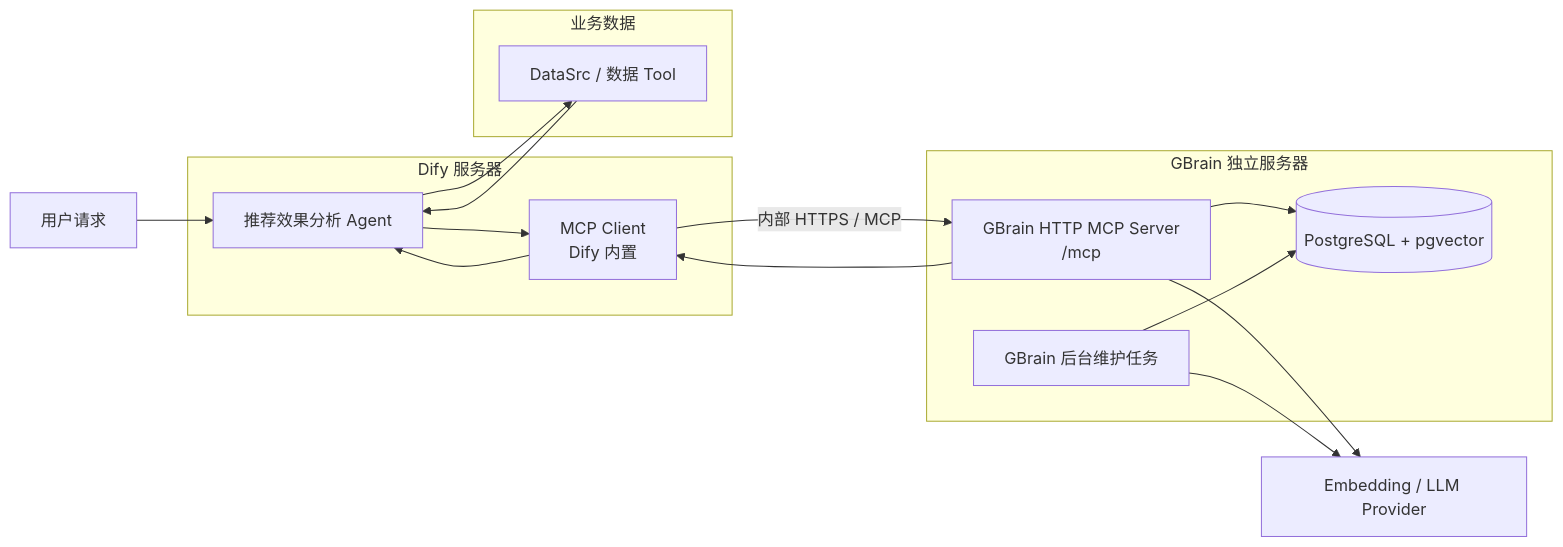
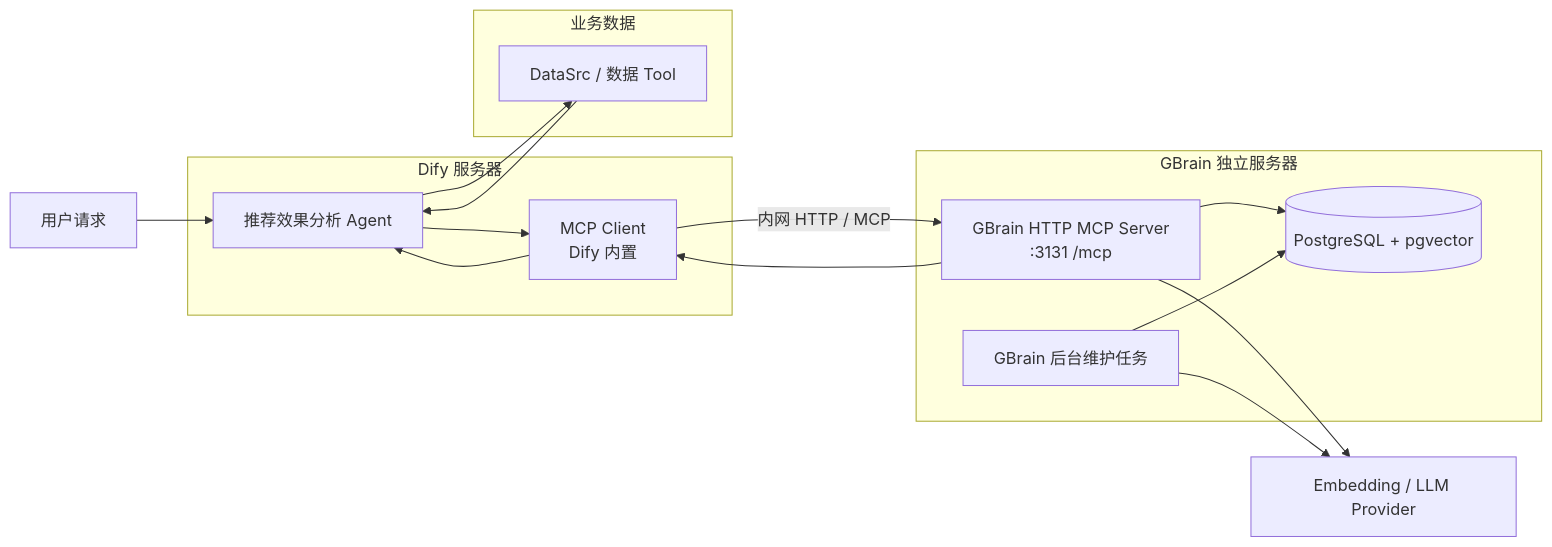
Before and after one commit to sgfd-ui/internship: the second of 4 diagrams in weekly-report/gbrain-dify-shared-knowledge.md, drawn with Mermaid. The commit also changed other lines of this file, not shown here.

Commit message:
refine gbrain deployment runbook

````diff
--- a/weekly-report/gbrain-dify-shared-knowledge.md
+++ b/weekly-report/gbrain-dify-shared-knowledge.md
@@ -64,34 +64,34 @@
 ```mermaid
 flowchart LR
     U[用户请求]
 
     subgraph D[Dify 服务器]
         A[推荐效果分析 Agent]
         MC[MCP Client\nDify 内置]
     end
 
     subgraph B[业务数据]
         DS[DataSrc / 数据 Tool]
     end
 
     subgraph G[GBrain 独立服务器]
-        MS[GBrain HTTP MCP Server\n/mcp]
+        MS[GBrain HTTP MCP Server\n:3131 /mcp]
         DB[(PostgreSQL + pgvector)]
         W[GBrain 后台维护任务]
     end
 
     M[Embedding / LLM Provider]
 
     U --> A
     A --> DS
     DS --> A
 
     A --> MC
-    MC -->|内部 HTTPS / MCP| MS
+    MC -->|内网 HTTP / MCP| MS
     MS --> DB
     W --> DB
     MS --> M
     W --> M
     MS --> MC
     MC --> A
 ```
````
